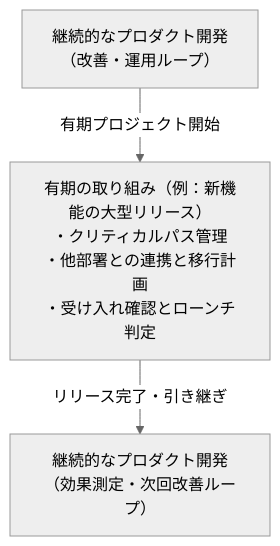
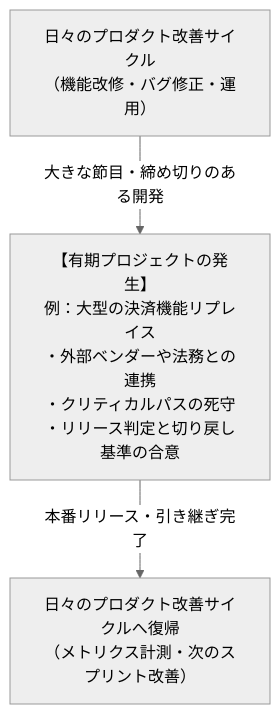
One commit to MasuqaT-NET/Zenn-contents changed the diagram in books/project-management-as-dandori/4.two-types.md. Above: the diagram before and after it, drawn with Mermaid (neutral theme). The commit also changed other lines of this file and 7 other files, not shown here.

````diff
--- a/books/project-management-as-dandori/4.two-types.md
+++ b/books/project-management-as-dandori/4.two-types.md
@@ -40,9 +53,9 @@
 ```mermaid
 flowchart TD
-    continuous1["継続的なプロダクト開発<br>（改善・運用ループ）"]
-    project["有期の取り組み（例：新機能の大型リリース）<br>・クリティカルパス管理<br>・他部署との連携と移行計画<br>・受け入れ確認とローンチ判定"]
-    continuous2["継続的なプロダクト開発<br>（効果測定・次回改善ループ）"]
+    continuous1["日々のプロダクト改善サイクル<br>（機能改修・バグ修正・運用）"]
+    project["【有期プロジェクトの発生】<br>例：大型の決済機能リプレイス<br>・外部ベンダーや法務との連携<br>・クリティカルパスの死守<br>・リリース判定と切り戻し基準の合意"]
+    continuous2["日々のプロダクト改善サイクルへ復帰<br>（メトリクス計測・次のスプリント改善）"]
 
-    continuous1 -->|有期プロジェクト開始| project
-    project -->|リリース完了・引き継ぎ| continuous2
+    continuous1 -->|大きな節目・締め切りのある開発| project
+    project -->|本番リリース・引き継ぎ完了| continuous2
 ```
````
